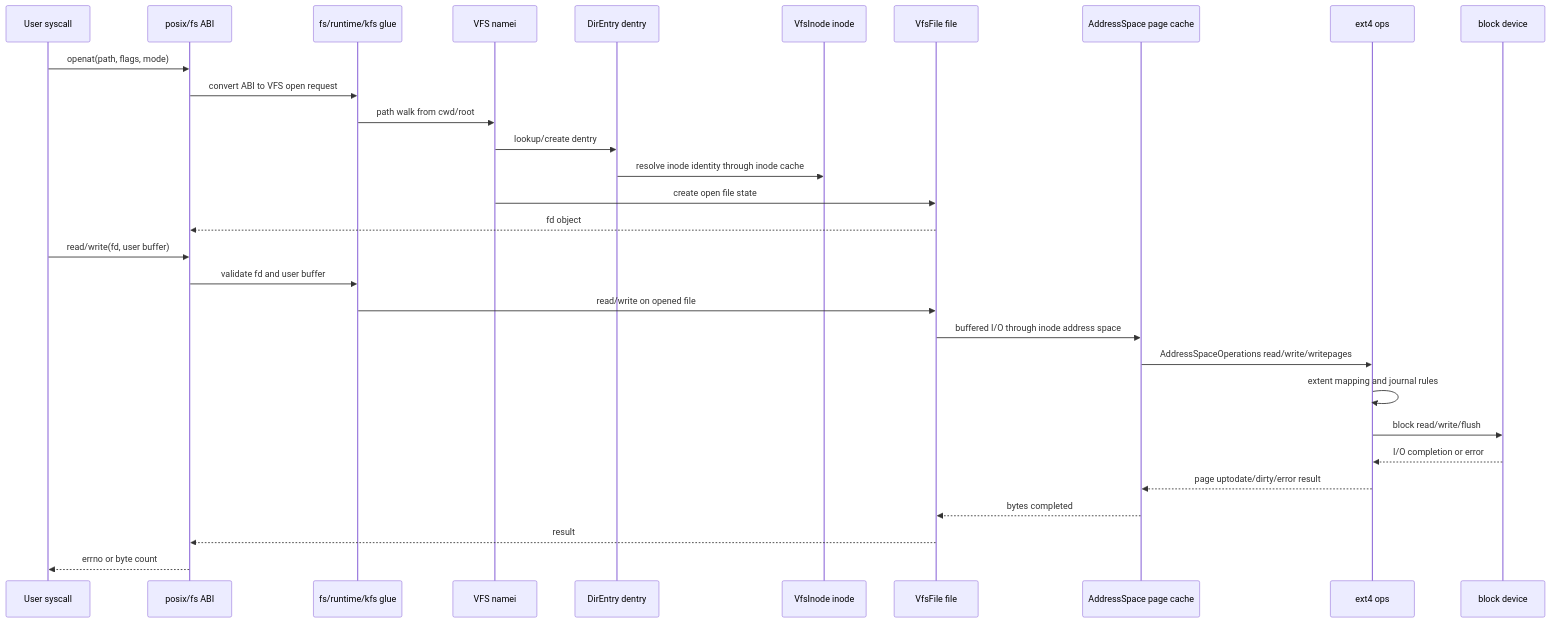
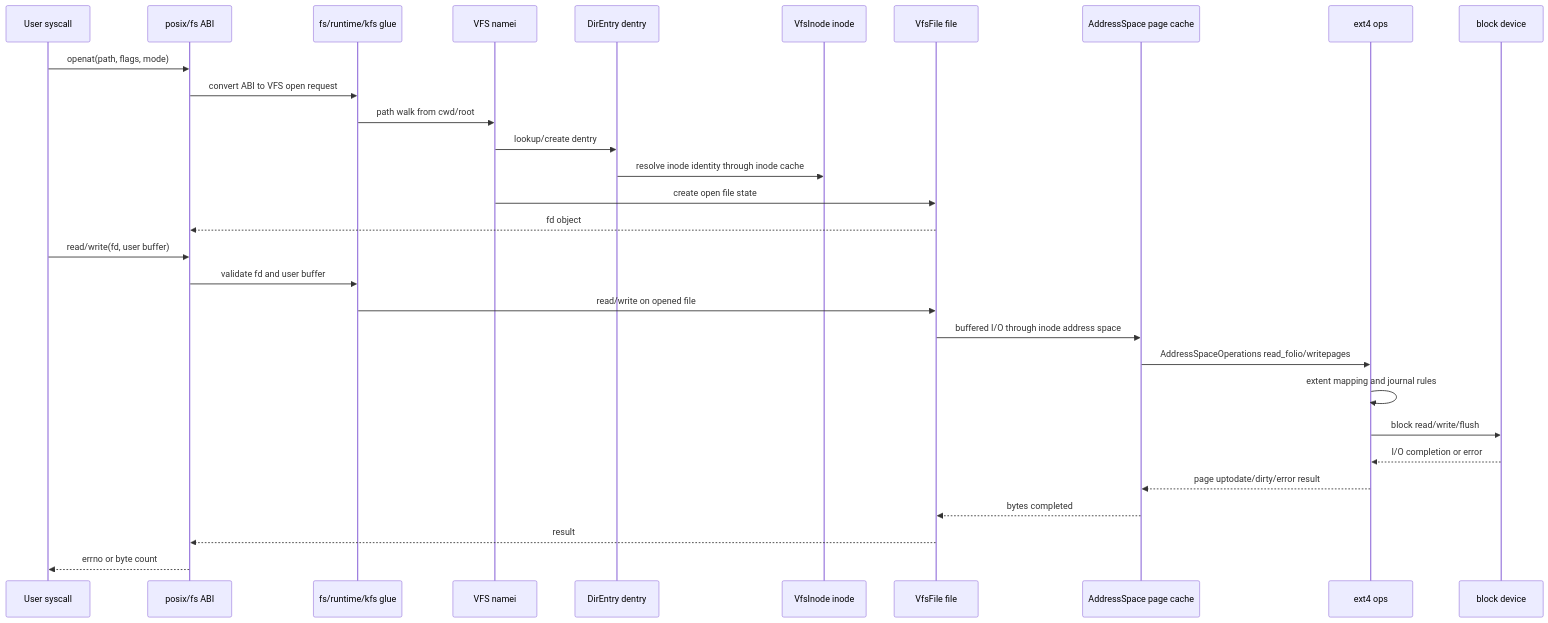
The fifth of 6 diagrams in fs/filesystems/kext4/docs/vfs.md (kylin-x-kernel/x-kernel), drawn with Mermaid before and after one commit. The commit also changed other lines of this file and 222 other files, not shown here.

````diff
--- a/fs/filesystems/kext4/docs/vfs.md
+++ b/fs/filesystems/kext4/docs/vfs.md
@@ -444,34 +446,34 @@
 ```mermaid
 sequenceDiagram
     participant U as User syscall
     participant P as posix/fs ABI
     participant K as fs/runtime/kfs glue
     participant N as VFS namei
     participant D as DirEntry dentry
     participant I as VfsInode inode
     participant F as VfsFile file
     participant AS as AddressSpace page cache
     participant X as ext4 ops
     participant B as block device
 
     U->>P: openat(path, flags, mode)
     P->>K: convert ABI to VFS open request
     K->>N: path walk from cwd/root
     N->>D: lookup/create dentry
     D->>I: resolve inode identity through inode cache
     N->>F: create open file state
     F-->>P: fd object
 
     U->>P: read/write(fd, user buffer)
     P->>K: validate fd and user buffer
     K->>F: read/write on opened file
     F->>AS: buffered I/O through inode address space
-    AS->>X: AddressSpaceOperations read/write/writepages
+    AS->>X: AddressSpaceOperations read_folio/writepages
     X->>X: extent mapping and journal rules
     X->>B: block read/write/flush
     B-->>X: I/O completion or error
     X-->>AS: page uptodate/dirty/error result
     AS-->>F: bytes completed
     F-->>P: result
     P-->>U: errno or byte count
 ```
````
